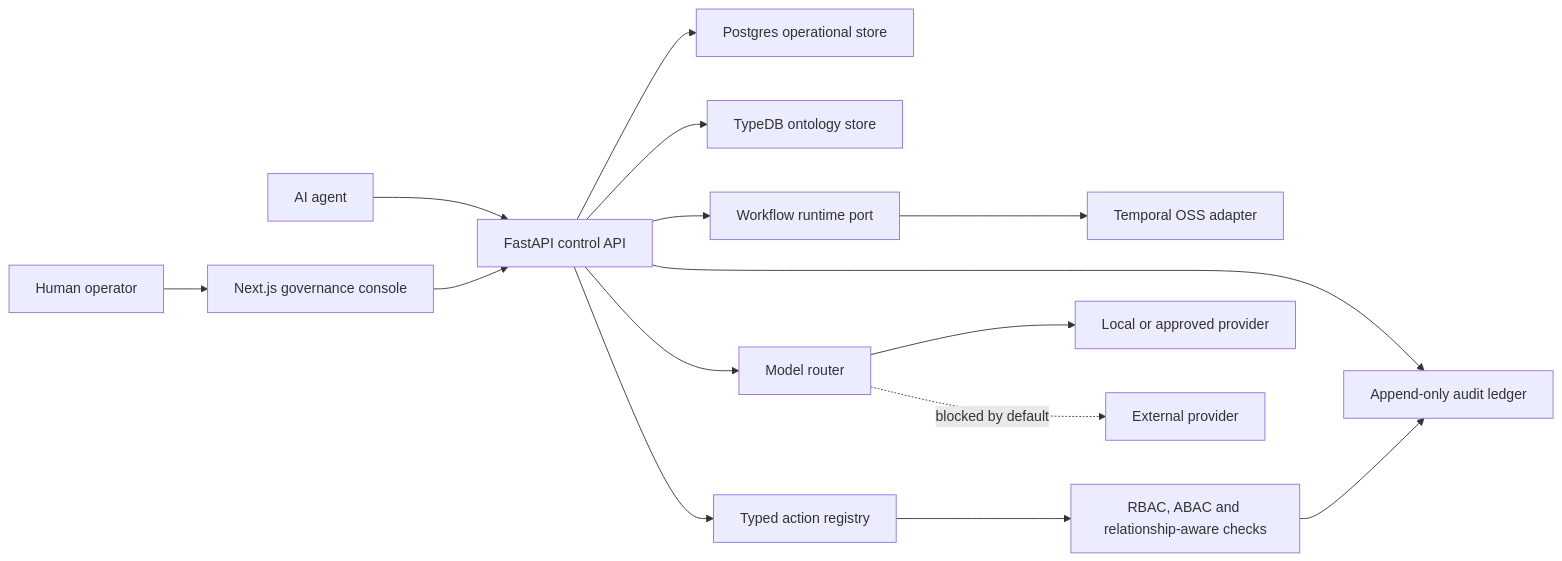
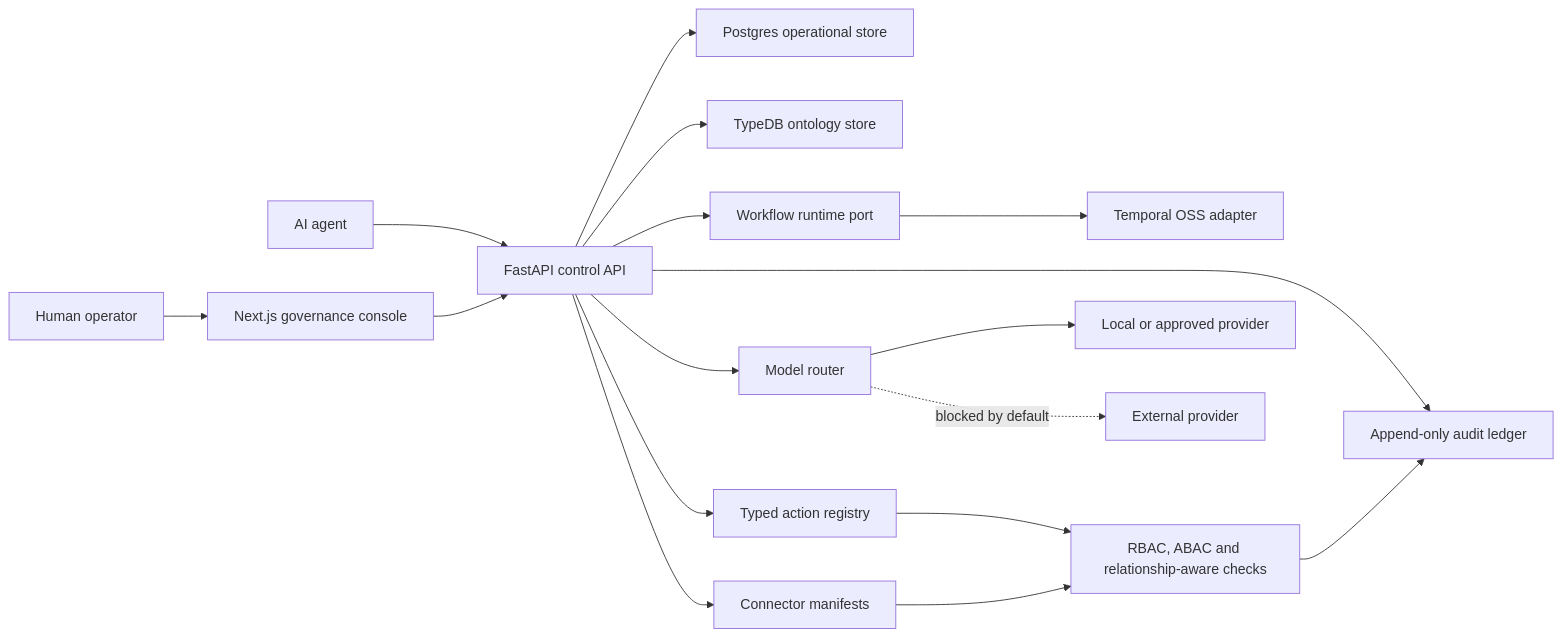
Before and after one commit to Limes-Labs/limes-axis: the diagram in docs/architecture.md, drawn with Mermaid. The commit also changed other lines of this file and 16 other files, not shown here.

````diff
--- a/docs/architecture.md
+++ b/docs/architecture.md
@@ -10,17 +10,19 @@
 ```mermaid
 flowchart LR
   Human["Human operator"] --> Console["Next.js governance console"]
   Agent["AI agent"] --> API["FastAPI control API"]
   Console --> API
   API --> Postgres["Postgres operational store"]
   API --> TypeDB["TypeDB ontology store"]
   API --> Router["Model router"]
   API --> Registry["Typed action registry"]
+  API --> Connectors["Connector manifests"]
   API --> Audit["Append-only audit ledger"]
   API --> WorkflowPort["Workflow runtime port"]
   WorkflowPort --> Temporal["Temporal OSS adapter"]
   Registry --> Permissions["RBAC, ABAC and relationship-aware checks"]
+  Connectors --> Permissions
   Permissions --> Audit
   Router --> LocalModel["Local or approved provider"]
   Router -. "blocked by default" .-> ExternalModel["External provider"]
 ```
````
